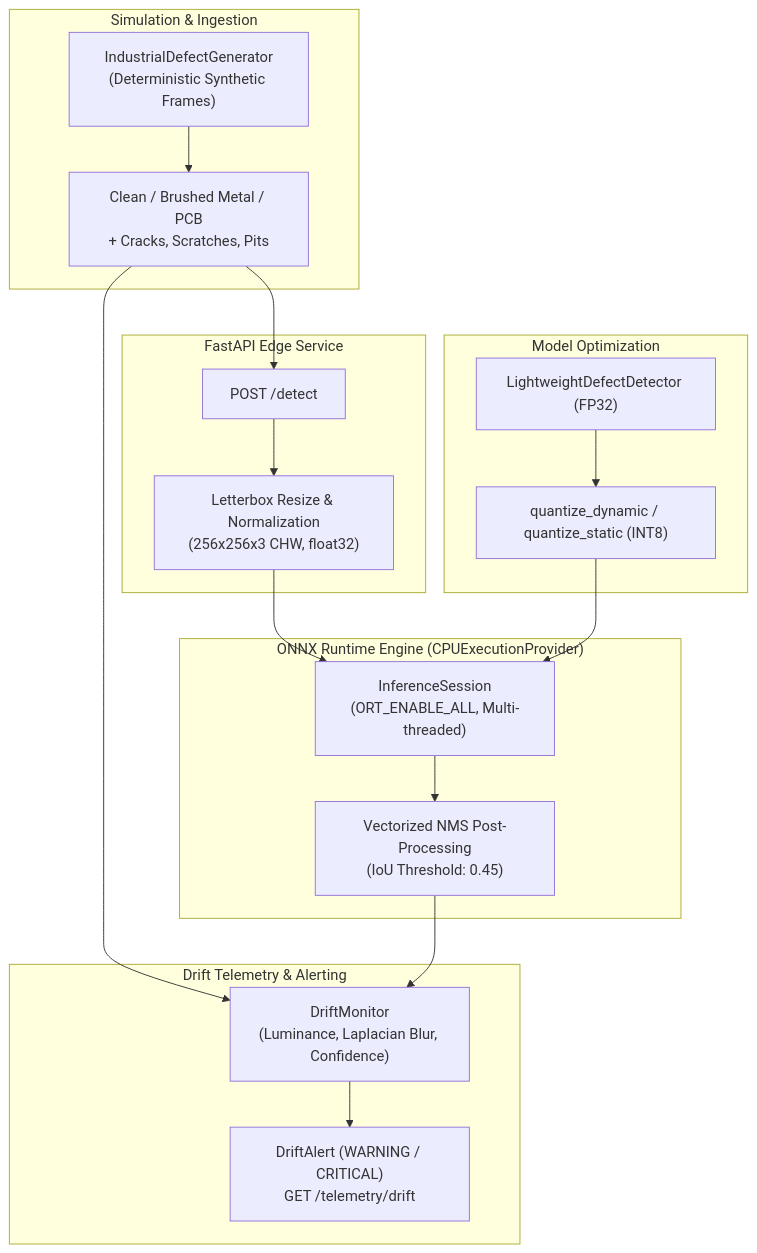
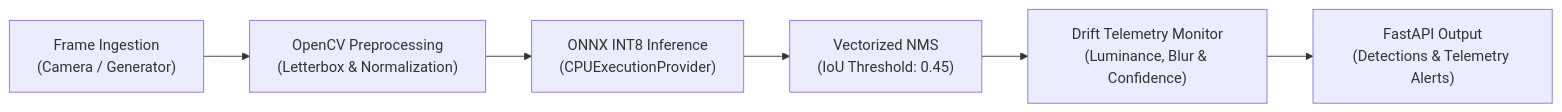
Before and after one commit to subhu770/EdgeVision-INT8: the diagram in README.md, drawn with Mermaid. The commit also changed other lines of this file, not shown here.

Commit message:
feat: complete edge-optimized INT8 defect detection & drift telemetry pipeline (EdgeVision-INT8)

````diff
--- a/README.md
+++ b/README.md
@@ -14,37 +15,8 @@
 ```mermaid
-flowchart TD
-    subgraph Simulation ["Simulation & Ingestion"]
-        SG["IndustrialDefectGenerator<br/>(Deterministic Synthetic Frames)"]
-        RawFrame["Clean / Brushed Metal / PCB<br/>+ Cracks, Scratches, Pits"]
-        SG --> RawFrame
-    end
-
-    subgraph API ["FastAPI Edge Service"]
-        Endpoint["POST /detect"]
-        RawFrame --> Endpoint
-        Letterbox["Letterbox Resize & Normalization<br/>(256x256x3 CHW, float32)"]
-        Endpoint --> Letterbox
-    end
-
-    subgraph Engine ["ONNX Runtime Engine (CPUExecutionProvider)"]
-        ORT["InferenceSession<br/>(ORT_ENABLE_ALL, Multi-threaded)"]
-        Letterbox --> ORT
-        Head["Vectorized NMS Post-Processing<br/>(IoU Threshold: 0.45)"]
-        ORT --> Head
-    end
-
-    subgraph Telemetry ["Drift Telemetry & Alerting"]
-        Drift["DriftMonitor<br/>(Luminance, Laplacian Blur, Confidence)"]
-        RawFrame --> Drift
-        Head --> Drift
-        Alert["DriftAlert (WARNING / CRITICAL)<br/>GET /telemetry/drift"]
-        Drift --> Alert
-    end
-
-    subgraph Quant ["Model Optimization"]
-        FP32["LightweightDefectDetector (FP32)"]
-        Quantizer["quantize_dynamic / quantize_static (INT8)"]
-        FP32 --> Quantizer
-        Quantizer --> ORT
-    end
+flowchart LR
+    A["Frame Ingestion<br/>(Camera / Generator)"] --> B["OpenCV Preprocessing<br/>(Letterbox & Normalization)"]
+    B --> C["ONNX INT8 Inference<br/>(CPUExecutionProvider)"]
+    C --> D["Vectorized NMS<br/>(IoU Threshold: 0.45)"]
+    D --> E["Drift Telemetry Monitor<br/>(Luminance, Blur & Confidence)"]
+    E --> F["FastAPI Output<br/>(Detections & Telemetry Alerts)"]
 ```
````
